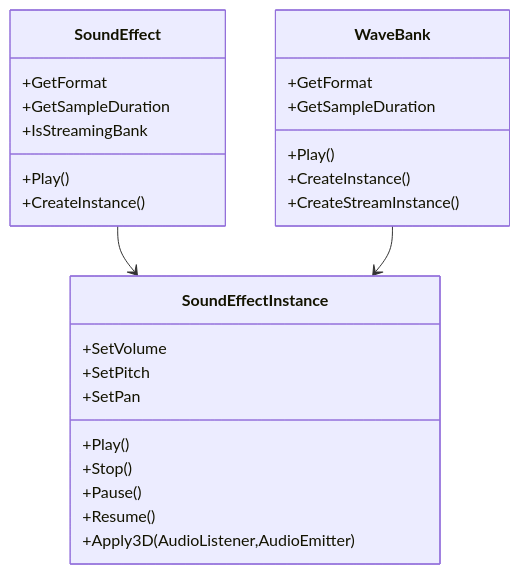
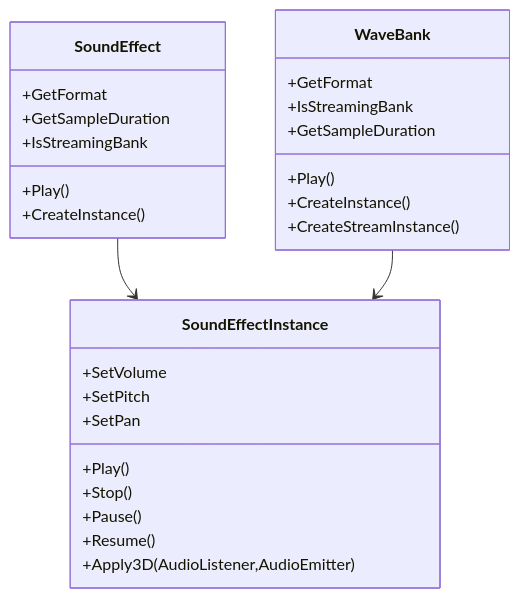
Before and after one commit to neogrammer/Wiki: the diagram in SoundEffectInstance.md, drawn with Mermaid.

Commit message:
Updated SoundEffectInstance (markdown)

````diff
--- a/SoundEffectInstance.md
+++ b/SoundEffectInstance.md
@@ -12,29 +12,30 @@
 ```mermaid
 classDiagram
 class SoundEffect{
    +GetFormat
    +GetSampleDuration
    +IsStreamingBank
    +Play()
    +CreateInstance()
 }
 class WaveBank{
    +GetFormat
+   +IsStreamingBank
    +GetSampleDuration
    +Play()
    +CreateInstance()
    +CreateStreamInstance()
 }
 class SoundEffectInstance{
    +SetVolume
    +SetPitch
    +SetPan
    +Play()
    +Stop()
    +Pause()
    +Resume()
    +Apply3D(AudioListener,AudioEmitter)
 }
 SoundEffect --> SoundEffectInstance
 WaveBank --> SoundEffectInstance
 ```
````
